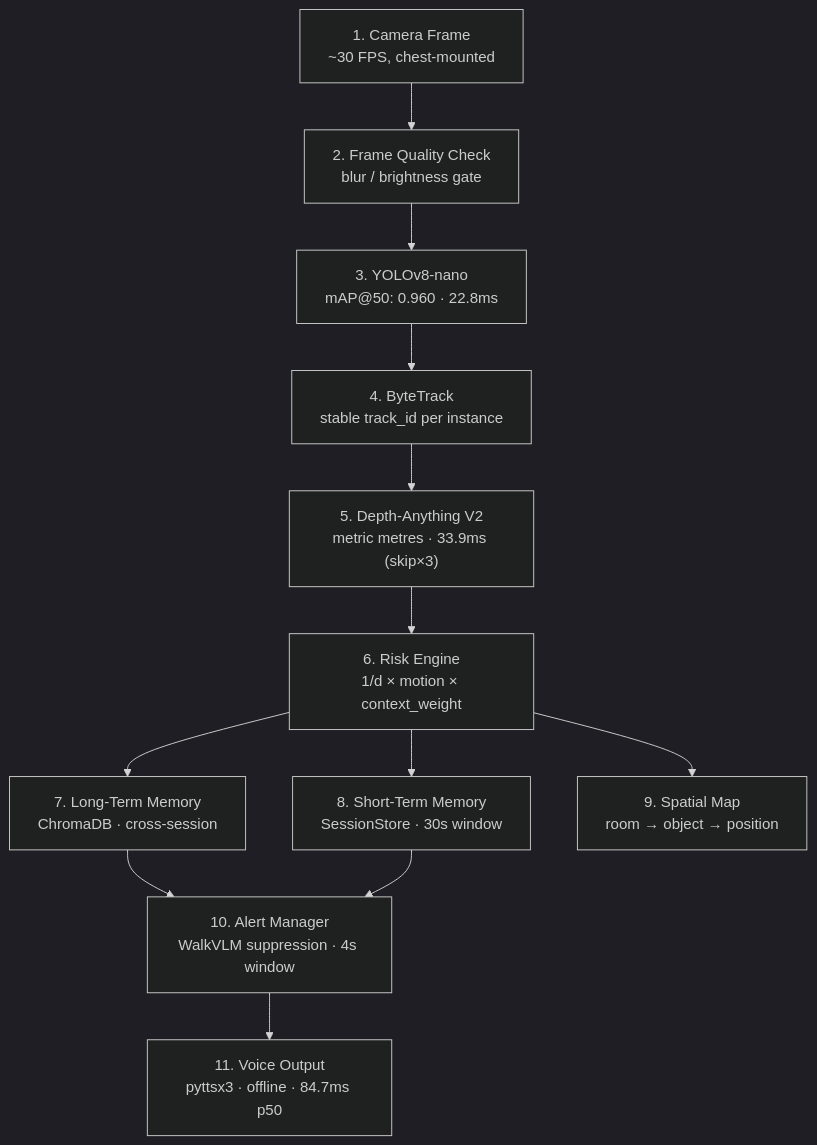
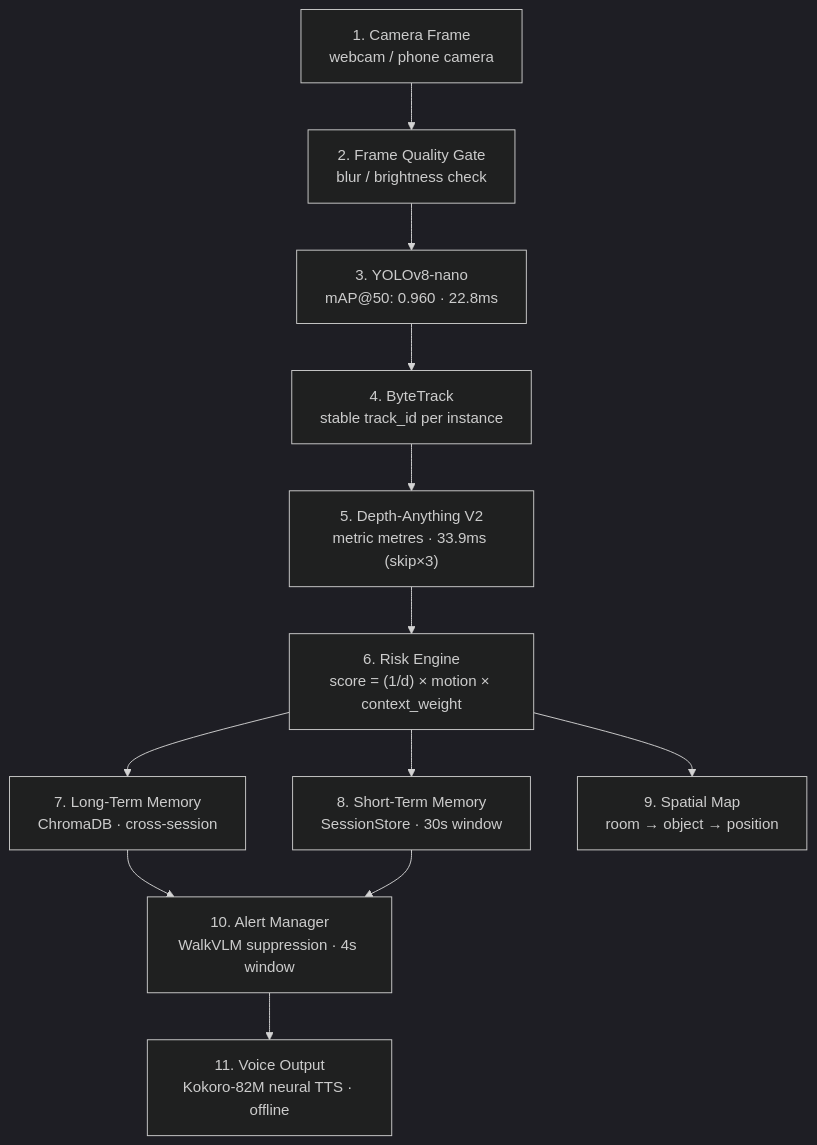
The diagram in README.md (staritisha/MemoryNav), drawn with Mermaid (dark theme) before and after one commit. The commit also changed other lines of this file and 34 other files, not shown here.

````diff
--- a/README.md
+++ b/README.md
@@ -90,14 +82,14 @@
 ```mermaid
 flowchart TD
-    A["1. Camera Frame<br/>~30 FPS, chest-mounted"] --> B["2. Frame Quality Check<br/>blur / brightness gate"]
+    A["1. Camera Frame<br/>webcam / phone camera"] --> B["2. Frame Quality Gate<br/>blur / brightness check"]
     B --> C["3. YOLOv8-nano<br/>mAP@50: 0.960 · 22.8ms"]
     C --> D["4. ByteTrack<br/>stable track_id per instance"]
     D --> E["5. Depth-Anything V2<br/>metric metres · 33.9ms (skip×3)"]
-    E --> F["6. Risk Engine<br/>1/d × motion × context_weight"]
+    E --> F["6. Risk Engine<br/>score = (1/d) × motion × context_weight"]
     F --> G["7. Long-Term Memory<br/>ChromaDB · cross-session"]
     F --> H["8. Short-Term Memory<br/>SessionStore · 30s window"]
     F --> I["9. Spatial Map<br/>room → object → position"]
     G --> J["10. Alert Manager<br/>WalkVLM suppression · 4s window"]
     H --> J
-    J --> K["11. Voice Output<br/>pyttsx3 · offline · 84.7ms p50"]
+    J --> K["11. Voice Output<br/>Kokoro-82M neural TTS · offline"]
 ```
````
